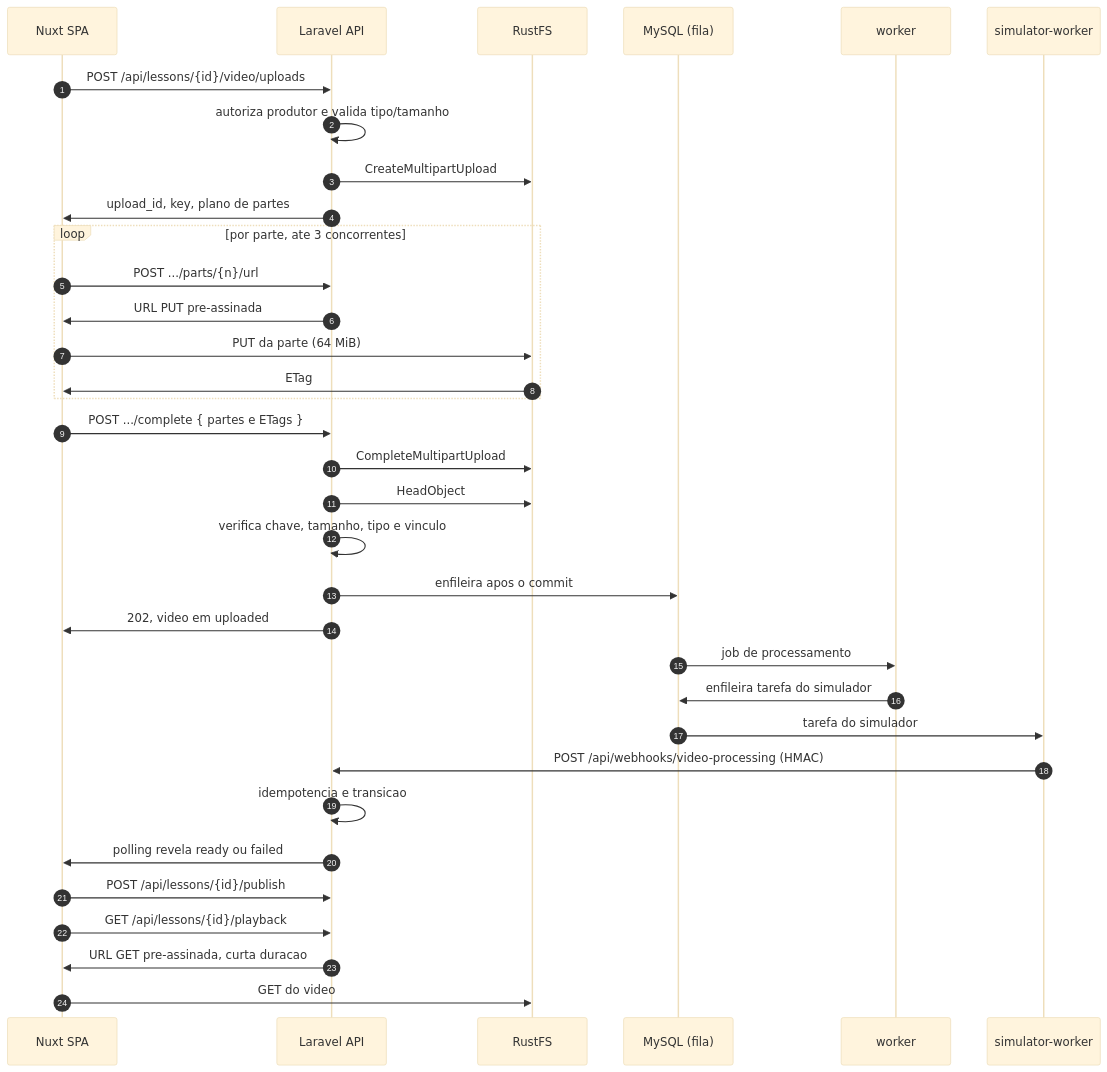
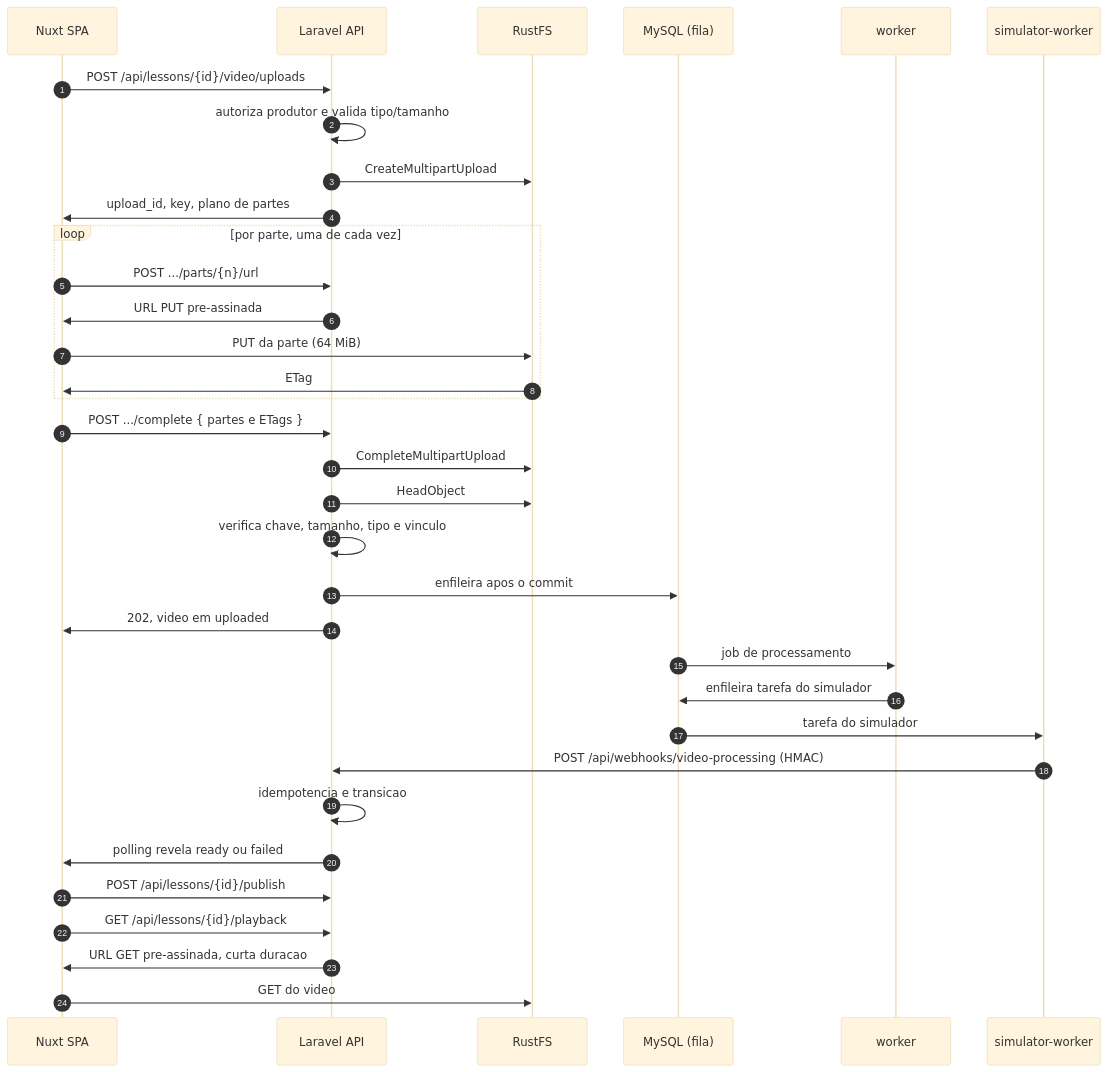
One commit to FelipeAugBn/video-platform-fullstack changed the second of 2 diagrams in specs/001-video-platform/plan.md. Above: the diagram before and after it, drawn with Mermaid (base theme). The commit also changed other lines of this file and 3 other files, not shown here.

````diff
--- a/specs/001-video-platform/plan.md
+++ b/specs/001-video-platform/plan.md
@@ -128,37 +128,37 @@
 ```mermaid
 sequenceDiagram
     autonumber
     participant N as Nuxt SPA
     participant A as Laravel API
     participant S as RustFS
     participant Q as MySQL (fila)
     participant W as worker
     participant P as simulator-worker
 
     N->>A: POST /api/lessons/{id}/video/uploads
     A->>A: autoriza produtor e valida tipo/tamanho
     A->>S: CreateMultipartUpload
     A->>N: upload_id, key, plano de partes
-    loop por parte, ate 3 concorrentes
+    loop por parte, uma de cada vez
         N->>A: POST .../parts/{n}/url
         A->>N: URL PUT pre-assinada
         N->>S: PUT da parte (64 MiB)
         S->>N: ETag
     end
     N->>A: POST .../complete { partes e ETags }
     A->>S: CompleteMultipartUpload
     A->>S: HeadObject
     A->>A: verifica chave, tamanho, tipo e vinculo
     A->>Q: enfileira apos o commit
     A->>N: 202, video em uploaded
     Q->>W: job de processamento
     W->>Q: enfileira tarefa do simulador
     Q->>P: tarefa do simulador
     P->>A: POST /api/webhooks/video-processing (HMAC)
     A->>A: idempotencia e transicao
     A->>N: polling revela ready ou failed
     N->>A: POST /api/lessons/{id}/publish
     N->>A: GET /api/lessons/{id}/playback
     A->>N: URL GET pre-assinada, curta duracao
     N->>S: GET do video
 ```
````
